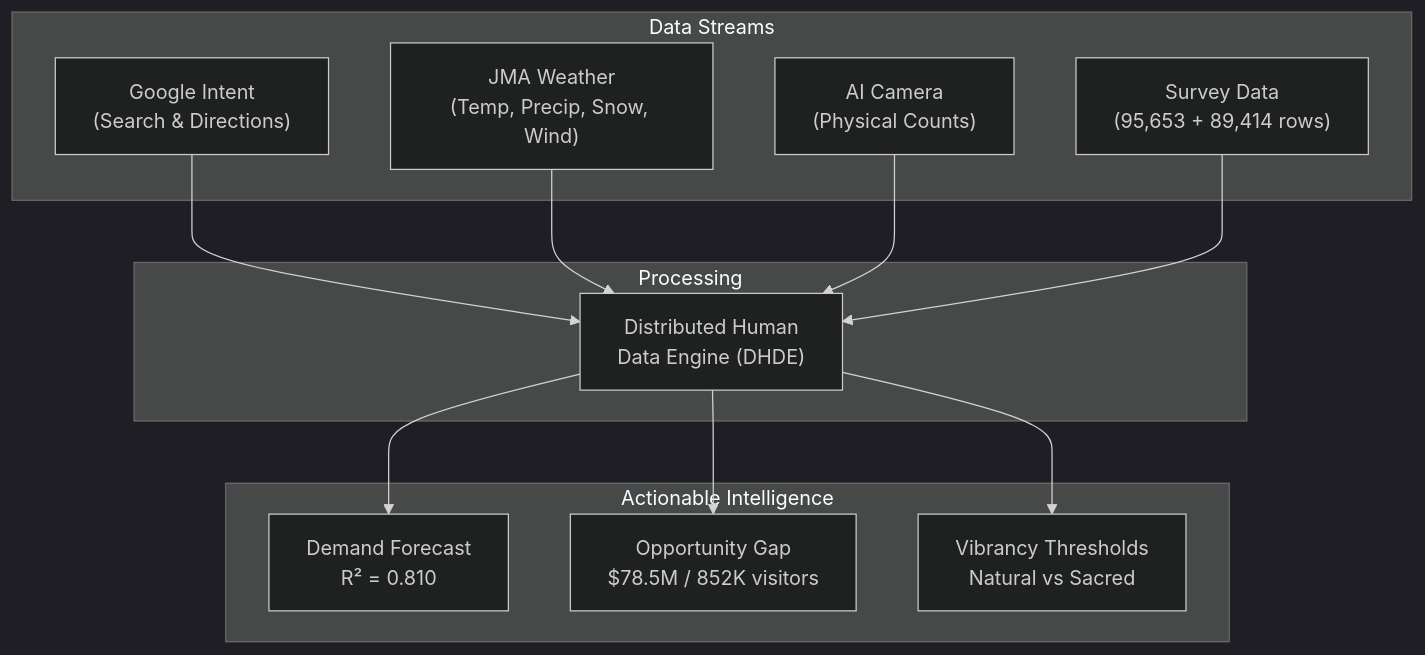
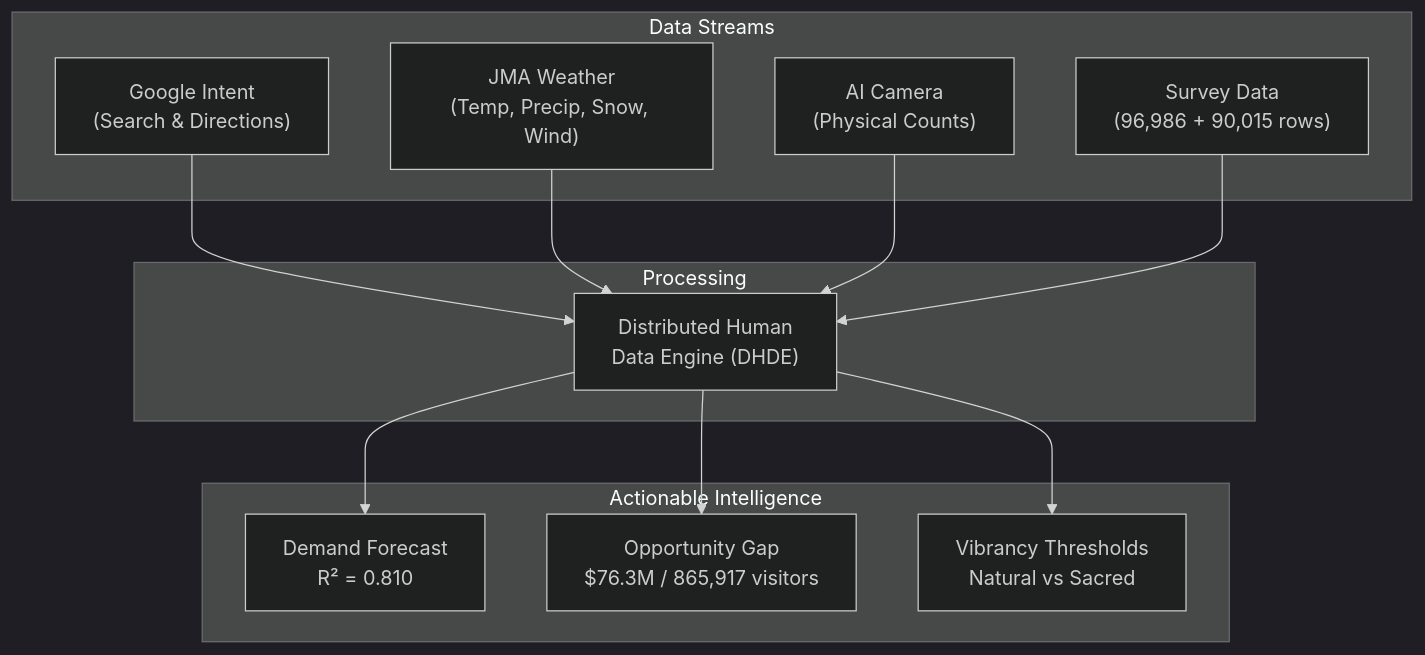
One commit to dinabelay-hub/hokuriku-tourism-ai-governance changed the first of 2 diagrams in output/EXECUTIVE_REPORT.md. Above: the diagram before and after it, drawn with Mermaid (dark theme). The commit also changed other lines of this file and 2 other files, not shown here.

````diff
--- a/output/EXECUTIVE_REPORT.md
+++ b/output/EXECUTIVE_REPORT.md
@@ -18,24 +18,24 @@
 ```mermaid
 graph TD
     subgraph Inputs["Data Streams"]
         G["Google Intent<br/>(Search & Directions)"]
         W["JMA Weather<br/>(Temp, Precip, Snow, Wind)"]
         C["AI Camera<br/>(Physical Counts)"]
-        S["Survey Data<br/>(95,653 + 89,414 rows)"]
+        S["Survey Data<br/>(96,986 + 90,015 rows)"]
     end
     subgraph Engine["Processing"]
         M["Distributed Human<br/>Data Engine (DHDE)"]
     end
     subgraph Outputs["Actionable Intelligence"]
         F["Demand Forecast<br/>R² = 0.810"]
-        O["Opportunity Gap<br/>$78.5M / 852K visitors"]
+        O["Opportunity Gap<br/>$76.3M / 865,917 visitors"]
         V["Vibrancy Thresholds<br/>Natural vs Sacred"]
     end
     G --> M
     W --> M
     C --> M
     S --> M
     M --> F
     M --> O
     M --> V
 ```
````
